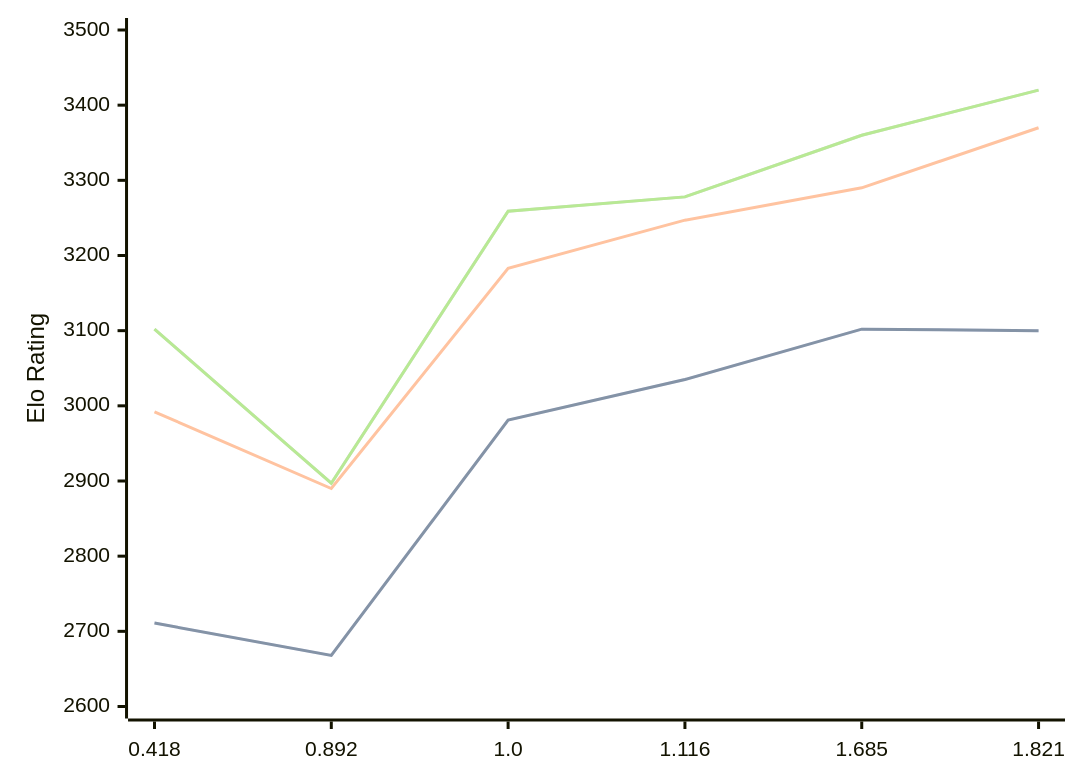
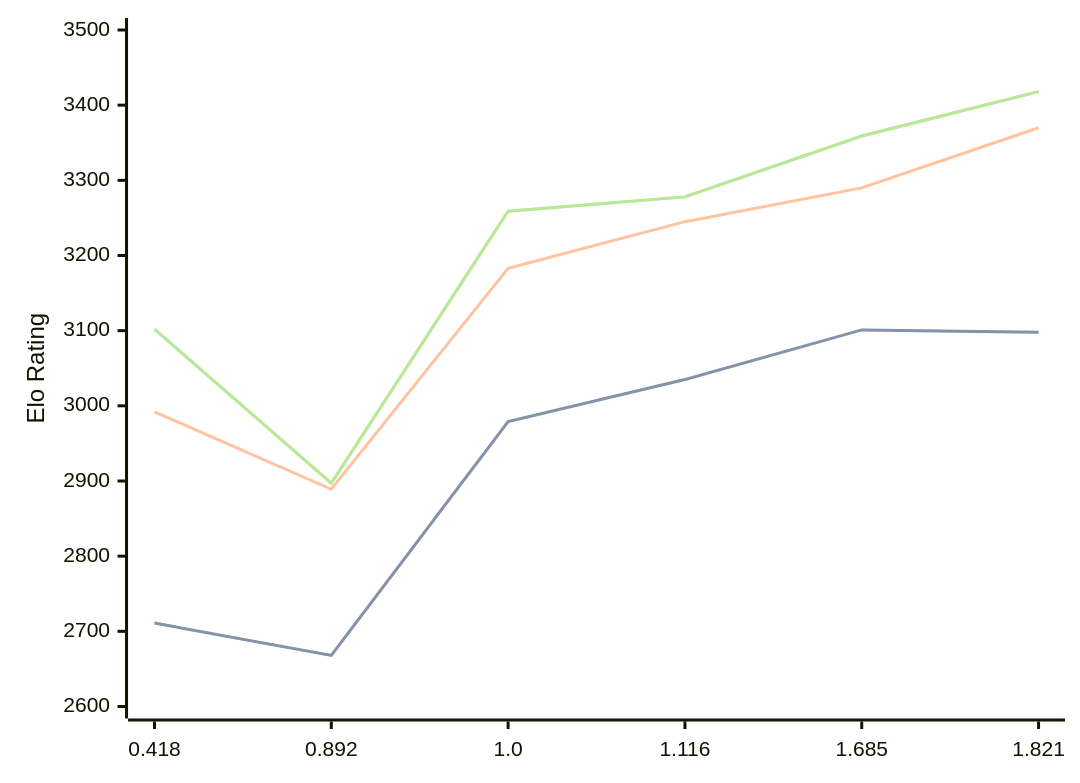
Before and after one commit to computer-chess-index/cci: the diagram in engines/Malika.md, drawn with Mermaid. The commit also changed other lines of this file, not shown here.

Commit message:
Update CCI Ratings (ELO VLTC) - 2026-09-01

````diff
--- a/engines/Malika.md
+++ b/engines/Malika.md
@@ -36,11 +36,11 @@
 ```mermaid
 %%{init: {"theme":"base","themeVariables":{"seriesColors:['#a3a3a3','#222221','#faa371']}}}%%
 xychart-beta
   x-axis ["0.418", "0.892", "1.0", "1.116", "1.685", "1.821"]
   y-axis "Elo Rating" 2600 --> 3500
-  line "" [2711, 2668, 2981, 3035, 3102, 3100]
-  line "STC (8.0+0.08s)" [2711, 2668, 2981, 3035, 3102, 3100]
-  line "LTC (60.0+0.60s)" [2992, 2890, 3183, 3247, 3290, 3370]
-  line "" [3102, 2897, 3259, 3278, 3360, 3420]
-  line "VLTC (2m24s+1.12s)" [3102, 2897, 3259, 3278, 3360, 3420]
+  line "" [2711, 2668, 2979, 3035, 3101, 3098]
+  line "STC (8.0+0.08s)" [2711, 2668, 2979, 3035, 3101, 3098]
+  line "LTC (60.0+0.60s)" [2992, 2889, 3183, 3245, 3290, 3370]
+  line "" [3102, 2897, 3259, 3278, 3359, 3418]
+  line "VLTC (2m24s+1.12s)" [3102, 2897, 3259, 3278, 3359, 3418]
 ```
````
